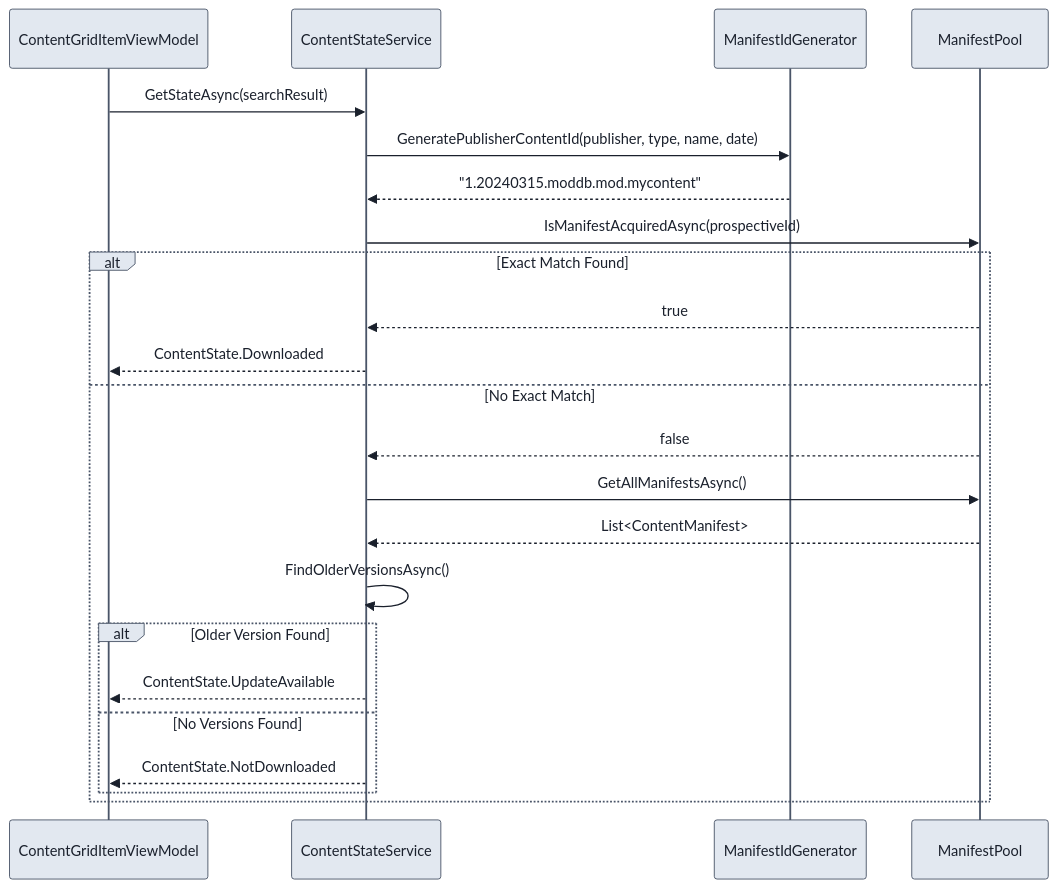
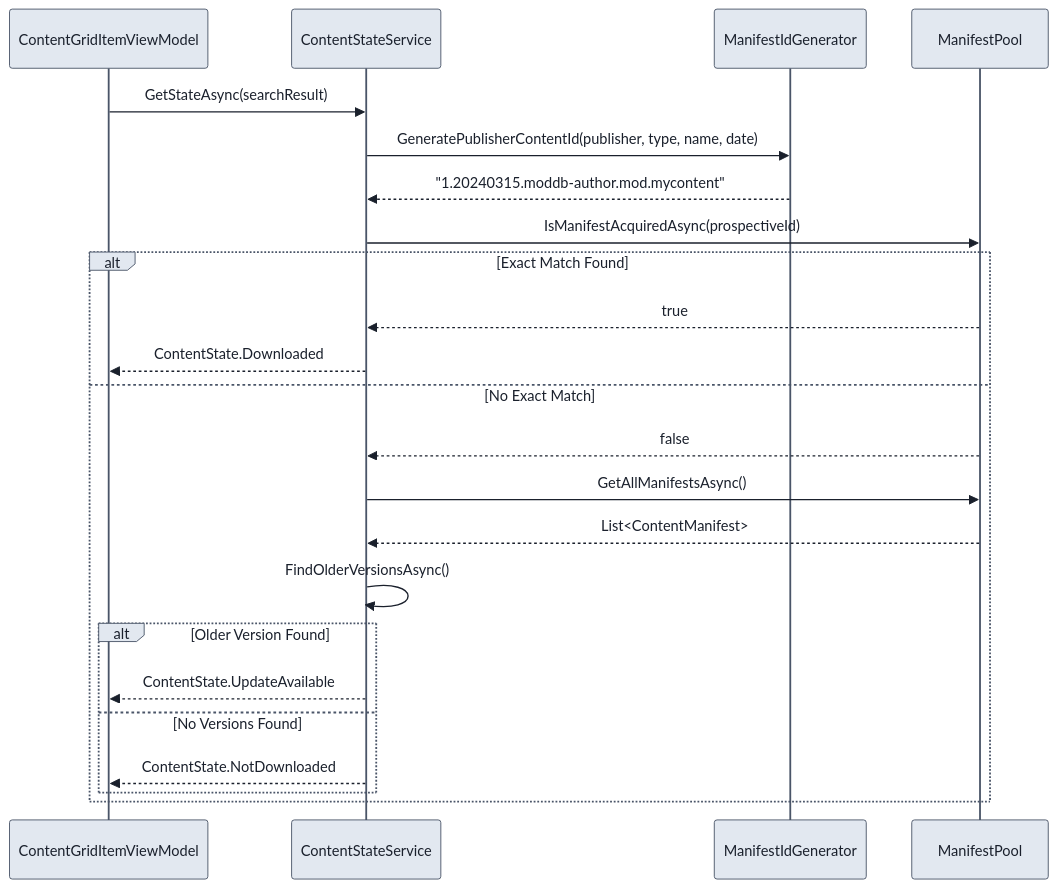
One commit to undead2146/GenHub changed the third of 12 diagrams in docs/FlowCharts/Downloads-Flow.md. Above: the diagram before and after it, drawn with Mermaid. The commit also changed other lines of this file and 4 other files, not shown here.

````diff
--- a/docs/FlowCharts/Downloads-Flow.md
+++ b/docs/FlowCharts/Downloads-Flow.md
@@ -167,39 +167,39 @@
 ```mermaid
 %%{init: {
   'theme': 'base',
   'themeVariables': {
     'primaryColor': '#e2e8f0',
     'primaryTextColor': '#1a202c',
     'primaryBorderColor': '#4a5568',
     'lineColor': '#2d3748',
     'background': '#ffffff'
   }
 }}%%
 
 sequenceDiagram
     participant VM as ContentGridItemViewModel
     participant CSS as ContentStateService
     participant MIG as ManifestIdGenerator
     participant Pool as ManifestPool
 
     VM->>CSS: GetStateAsync(searchResult)
     CSS->>MIG: GeneratePublisherContentId(publisher, type, name, date)
-    MIG-->>CSS: "1.20240315.moddb.mod.mycontent"
+    MIG-->>CSS: "1.20240315.moddb-author.mod.mycontent"
     CSS->>Pool: IsManifestAcquiredAsync(prospectiveId)
 
     alt Exact Match Found
         Pool-->>CSS: true
         CSS-->>VM: ContentState.Downloaded
     else No Exact Match
         Pool-->>CSS: false
         CSS->>Pool: GetAllManifestsAsync()
         Pool-->>CSS: List<ContentManifest>
         CSS->>CSS: FindOlderVersionsAsync()
 
         alt Older Version Found
             CSS-->>VM: ContentState.UpdateAvailable
         else No Versions Found
             CSS-->>VM: ContentState.NotDownloaded
         end
     end
 ```
````
